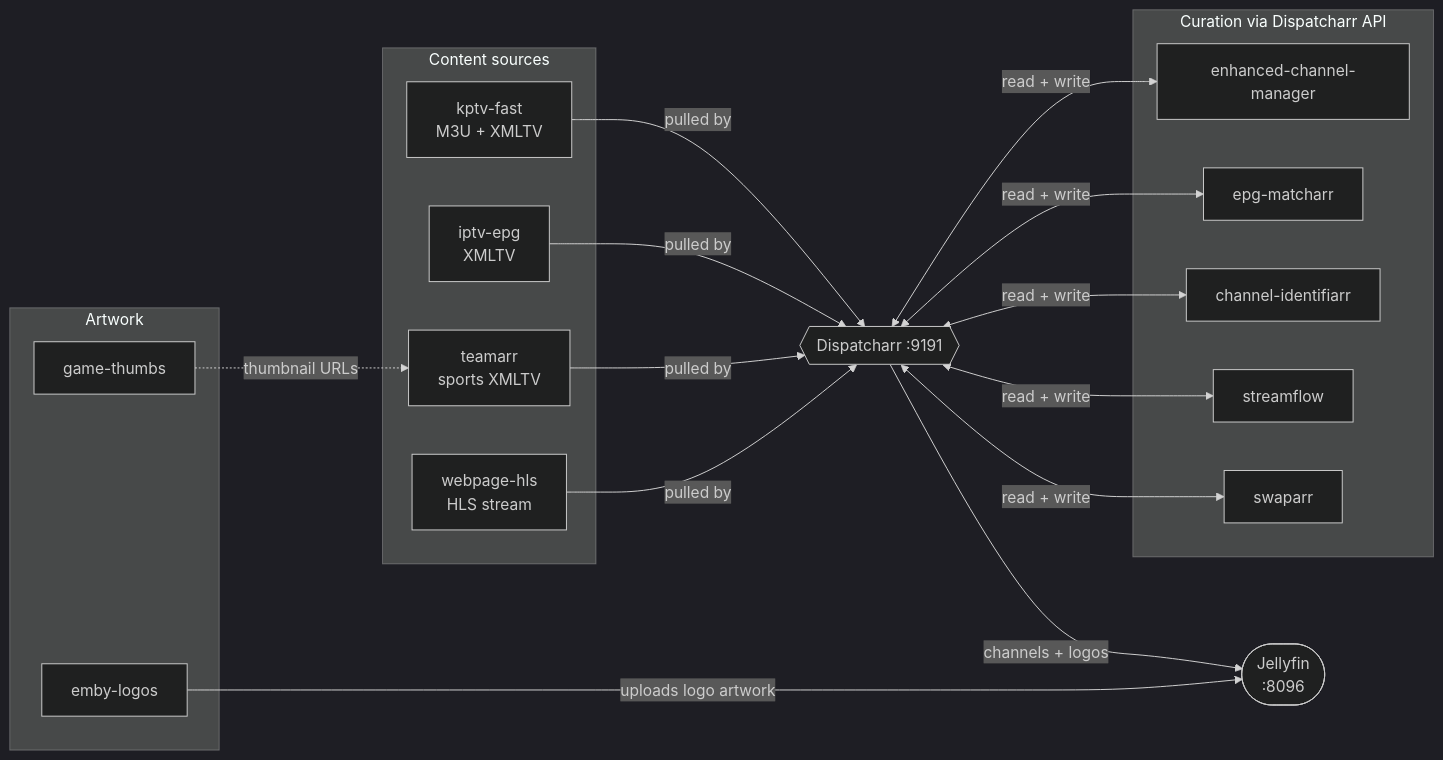
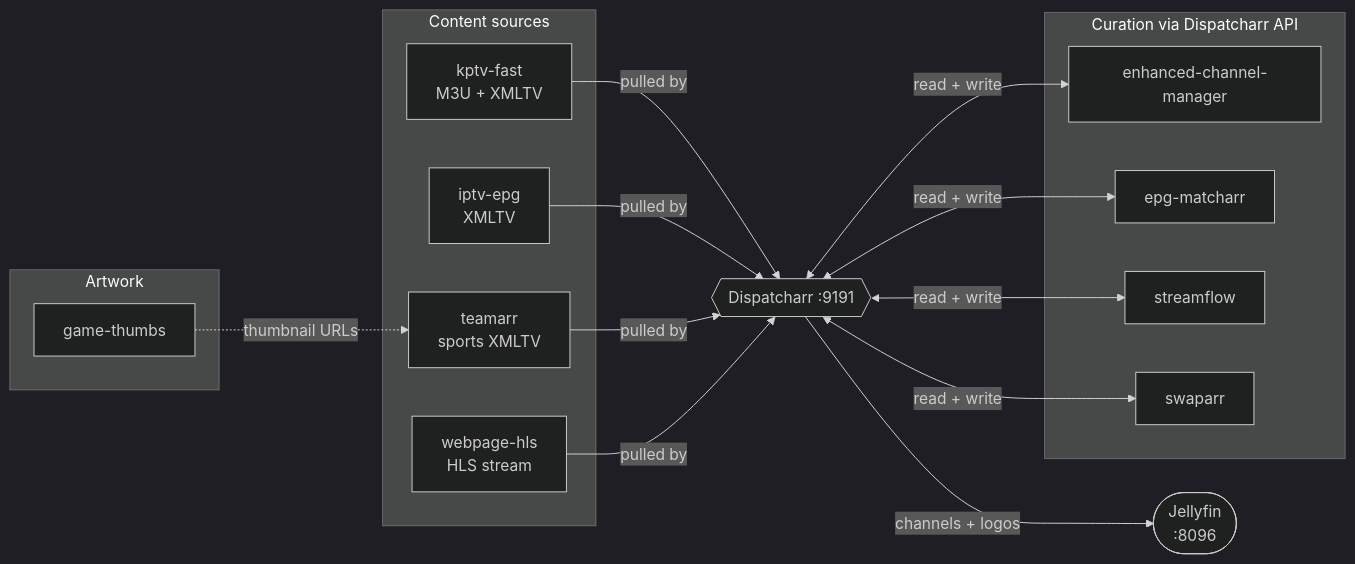
One commit to ewatkins/talos-cluster changed the diagram in kubernetes/apps/media/dispatcharr/tools/README.md. Above: the diagram before and after it, drawn with Mermaid (dark theme). The commit also changed other lines of this file and 9 other files, not shown here.

First line of the commit message:
feat(dispatcharr): remove channel-identifiarr and emby-logos

````diff
--- a/kubernetes/apps/media/dispatcharr/tools/README.md
+++ b/kubernetes/apps/media/dispatcharr/tools/README.md
@@ -32,32 +31,29 @@
 ```mermaid
 flowchart LR
     subgraph SRC["Content sources"]
         KPTV["kptv-fast<br/>M3U + XMLTV"]
         IPTV["iptv-epg<br/>XMLTV"]
         TEAM["teamarr<br/>sports XMLTV"]
         HLS["webpage-hls<br/>HLS stream"]
     end
 
     DISP{{"Dispatcharr :9191"}}
 
     subgraph CUR["Curation via Dispatcharr API"]
         ECM["enhanced-channel-manager"]
         MATCH["epg-matcharr"]
-        IDENT["channel-identifiarr"]
         FLOW["streamflow"]
         SWAP["swaparr"]
     end
 
     subgraph ART["Artwork"]
         THUMB["game-thumbs"]
-        LOGOS["emby-logos"]
     end
 
     JELLY(["Jellyfin<br/>:8096"])
 
     KPTV & IPTV & TEAM & HLS -->|pulled by| DISP
-    DISP <-->|read + write| ECM & MATCH & IDENT & FLOW & SWAP
+    DISP <-->|read + write| ECM & MATCH & FLOW & SWAP
     THUMB -.->|thumbnail URLs| TEAM
     DISP -->|channels + logos| JELLY
-    LOGOS -->|uploads logo artwork| JELLY
 ```
````
